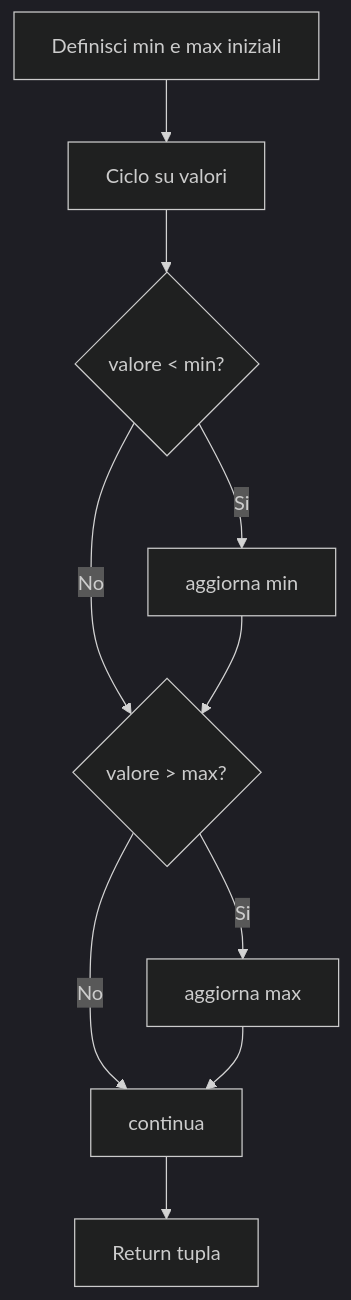
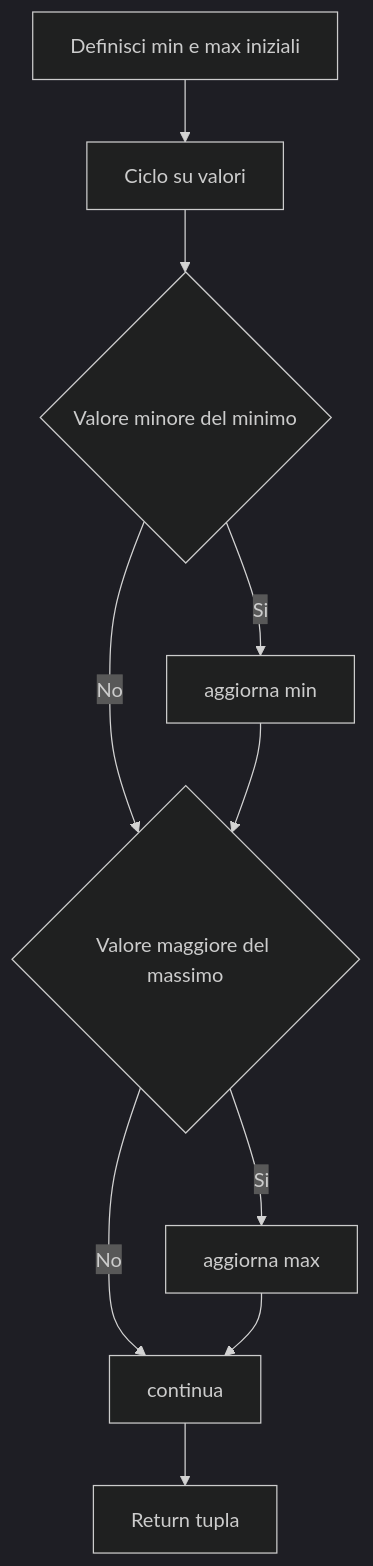
One commit to lucadagati/Lab_Fondamenti_di_Informatica_25_26 changed diagram 16 of 20 in 04-python-jupyter-analisi-biomedica/README.md. Above: the diagram before and after it, drawn with Mermaid (dark theme). The commit also changed other lines of this file, not shown here.

First line of the commit message:
Fix Mermaid labels for GitHub parser compatibility

````diff
--- a/04-python-jupyter-analisi-biomedica/README.md
+++ b/04-python-jupyter-analisi-biomedica/README.md
@@ -238,12 +238,12 @@
 ```mermaid
 flowchart TD
     A[Definisci min e max iniziali] --> B[Ciclo su valori]
-    B --> C{valore < min?}
+    B --> C{Valore minore del minimo}
     C -- Si --> D[aggiorna min]
-    C -- No --> E{valore > max?}
+    C -- No --> E{Valore maggiore del massimo}
     D --> E
     E -- Si --> F[aggiorna max]
     E -- No --> G[continua]
     F --> G
     G --> H[Return tupla]
 ```
````
